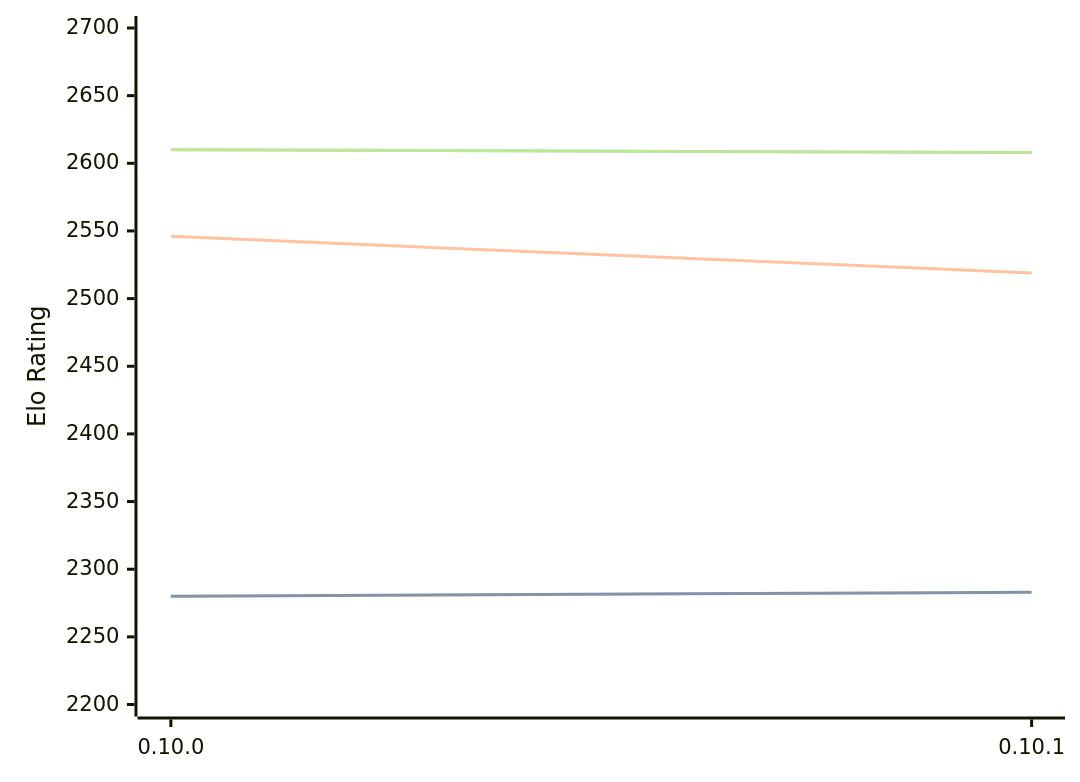
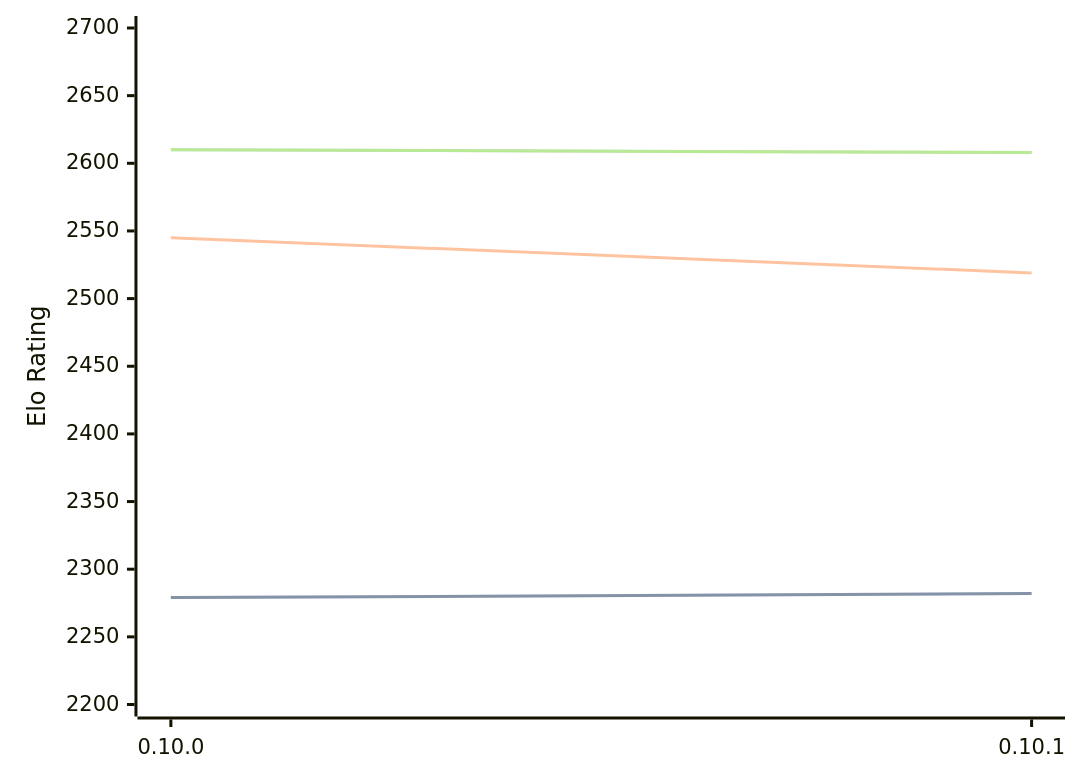
One commit to computer-chess-index/cci changed the diagram in engines/Fatalii.md. Above: the diagram before and after it, drawn with Mermaid. The commit also changed other lines of this file, not shown here.

````diff
--- a/engines/Fatalii.md
+++ b/engines/Fatalii.md
@@ -32,11 +32,11 @@
 ```mermaid
 %%{init: {"theme":"base","themeVariables":{"seriesColors:['#a3a3a3','#222221','#faa371']}}}%%
 xychart-beta
   x-axis ["0.10.0", "0.10.1"]
   y-axis "Elo Rating" 2200 --> 2700
-  line "" [2280, 2283]
-  line "STC (8.0+0.08s)" [2280, 2283]
-  line "LTC (60.0+0.60s)" [2546, 2519]
+  line "" [2279, 2282]
+  line "STC (8.0+0.08s)" [2279, 2282]
+  line "LTC (60.0+0.60s)" [2545, 2519]
   line "" [2610, 2608]
   line "VLTC (2m24s+1.12s)" [2610, 2608]
 ```
````
